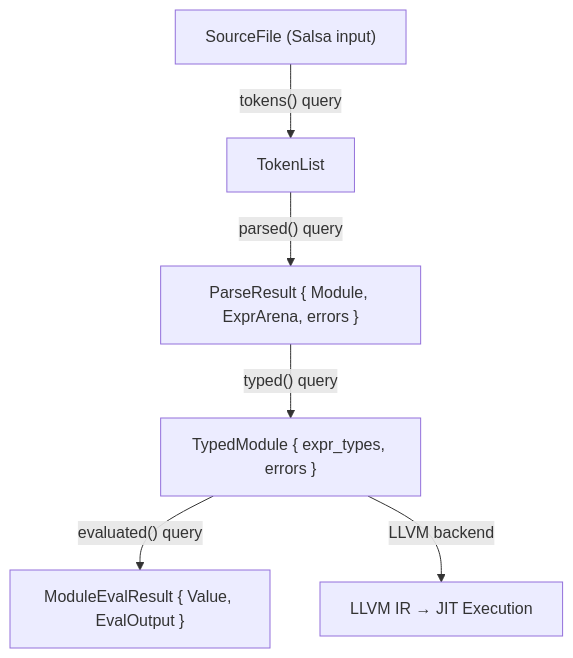
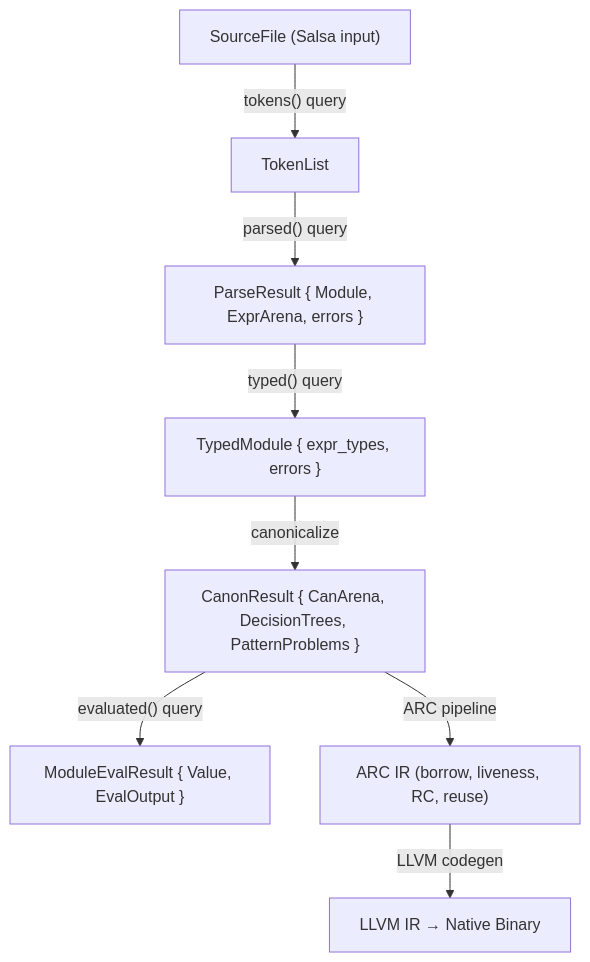
The diagram in docs/compiler/design/index.md (upstat-io/ori-lang), drawn with Mermaid before and after one commit. The commit also changed other lines of this file and 110 other files, not shown here.

First line of the commit message:
refactor: delete ori_macros + architecture consolidation + ARC pipeline

````diff
--- a/docs/compiler/design/index.md
+++ b/docs/compiler/design/index.md
@@ -95,8 +94,10 @@
 ```mermaid
 flowchart TB
     A["SourceFile (Salsa input)"] -->|"tokens() query"| B["TokenList"]
     B -->|"parsed() query"| C["ParseResult { Module, ExprArena, errors }"]
     C -->|"typed() query"| D["TypedModule { expr_types, errors }"]
-    D -->|"evaluated() query"| E["ModuleEvalResult { Value, EvalOutput }"]
-    D -->|"LLVM backend"| F["LLVM IR → JIT Execution"]
+    D -->|"canonicalize"| E2["CanonResult { CanArena, DecisionTrees, PatternProblems }"]
+    E2 -->|"evaluated() query"| E["ModuleEvalResult { Value, EvalOutput }"]
+    E2 -->|"ARC pipeline"| F1["ARC IR (borrow, liveness, RC, reuse)"]
+    F1 -->|"LLVM codegen"| F["LLVM IR → Native Binary"]
 ```
````
